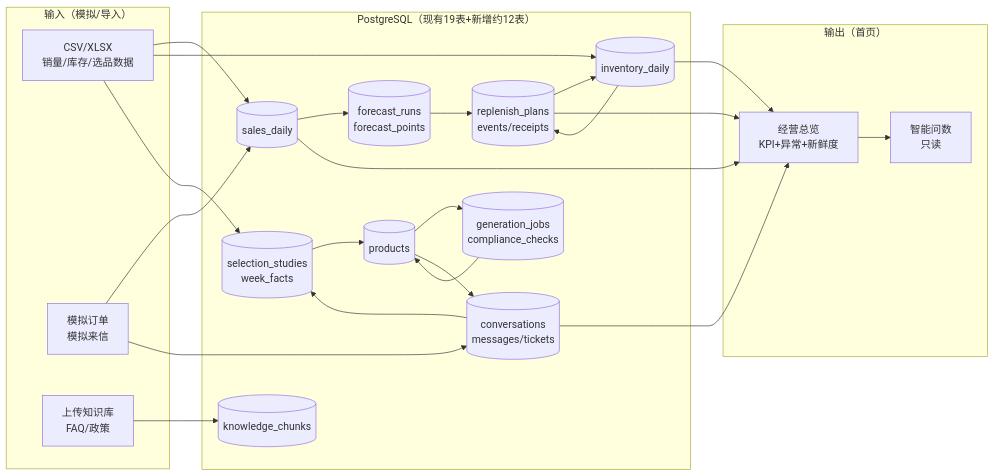
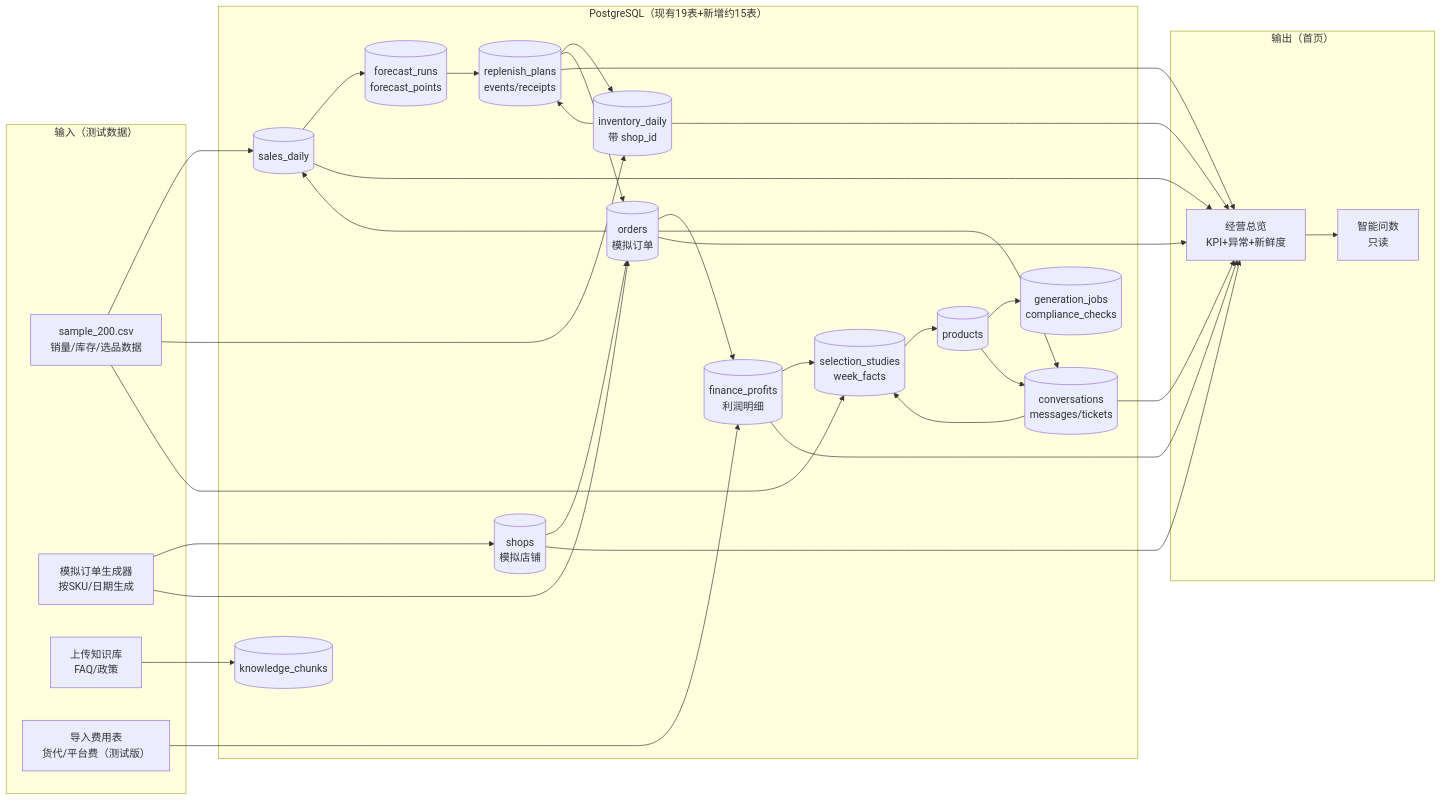
The sixth of 7 diagrams in docs/prototypes/closed-loop-flow.md (li2934026194/ai), drawn with Mermaid before and after one commit. The commit also changed other lines of this file, not shown here.

````diff
--- a/docs/prototypes/closed-loop-flow.md
+++ b/docs/prototypes/closed-loop-flow.md
@@ -185,43 +229,56 @@
 ```mermaid
 flowchart LR
-    subgraph IN["输入（模拟/导入）"]
-        CSV["CSV/XLSX<br/>销量/库存/选品数据"]
-        SIM["模拟订单<br/>模拟来信"]
+    subgraph IN["输入（测试数据）"]
+        CSV["sample_200.csv<br/>销量/库存/选品数据"]
+        GEN["模拟订单生成器<br/>按SKU/日期生成"]
         KB["上传知识库<br/>FAQ/政策"]
+        FEE["导入费用表<br/>货代/平台费（测试版）"]
     end
-    subgraph DB["PostgreSQL（现有19表+新增约12表）"]
+    subgraph DB["PostgreSQL（现有19表+新增约15表）"]
+        SH[("shops<br/>模拟店铺")]
+        OD[("orders<br/>模拟订单")]
+        FN[("finance_profits<br/>利润明细")]
         SD[("sales_daily")]
-        ID[("inventory_daily")]
+        ID[("inventory_daily<br/>带 shop_id")]
         PR[("products")]
         FR[("forecast_runs<br/>forecast_points")]
         RP[("replenish_plans<br/>events/receipts")]
         SS[("selection_studies<br/>week_facts")]
         GJ[("generation_jobs<br/>compliance_checks")]
         CV[("conversations<br/>messages/tickets")]
         KC[("knowledge_chunks")]
     end
     subgraph OUT["输出（首页）"]
         DASH["经营总览<br/>KPI+异常+新鲜度"]
         QA["智能问数<br/>只读"]
     end
+    GEN --> SH
+    GEN --> OD
     CSV --> SD
     CSV --> ID
     CSV --> SS
-    SIM --> SD
-    SIM --> CV
+    FEE --> FN
     KB --> KC
+    SH --> OD
+    OD --> FN
+    OD --> SD
+    OD --> CV
+    FN --> SS
+    SS --> PR
     PR --> GJ
     PR --> CV
     SD --> FR
     FR --> RP
     ID --> RP
     RP --> ID
-    SS --> PR
-    GJ --> PR
+    RP --> OD
     CV --> SS
+    SH --> DASH
+    OD --> DASH
+    FN --> DASH
     SD --> DASH
     ID --> DASH
     RP --> DASH
     CV --> DASH
     DASH --> QA
 ```
````
